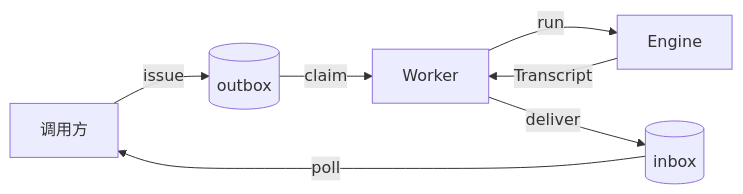
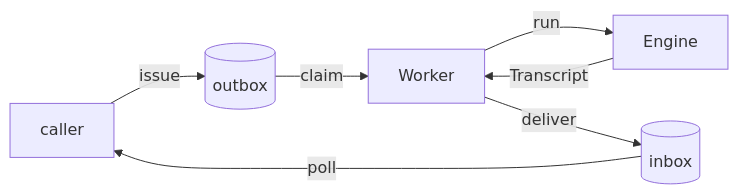
The diagram in README.md (Lincyaw/aifn), drawn with Mermaid before and after one commit. The commit also changed other lines of this file and 29 other files, not shown here.

````diff
--- a/README.md
+++ b/README.md
@@ -45,9 +43,9 @@
 ```mermaid
 graph LR
-    caller[调用方] -->|issue| outbox[(outbox)]
+    caller[caller] -->|issue| outbox[(outbox)]
     outbox -->|claim| worker[Worker]
     worker -->|run| engine[Engine]
     engine -->|Transcript| worker
     worker -->|deliver| inbox[(inbox)]
     inbox -->|poll| caller
 ```
````
